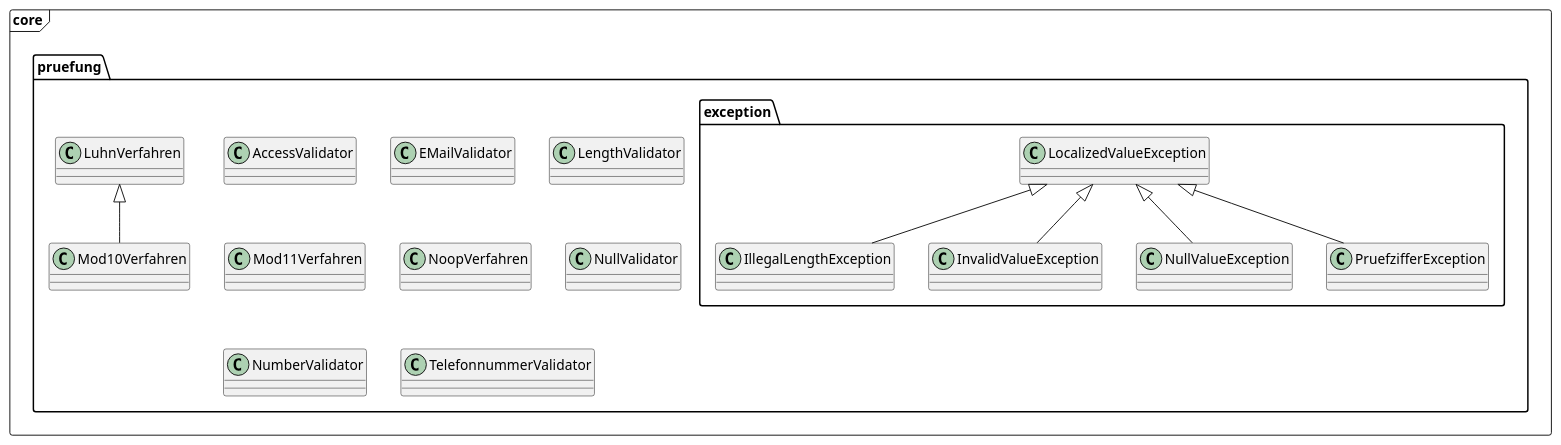
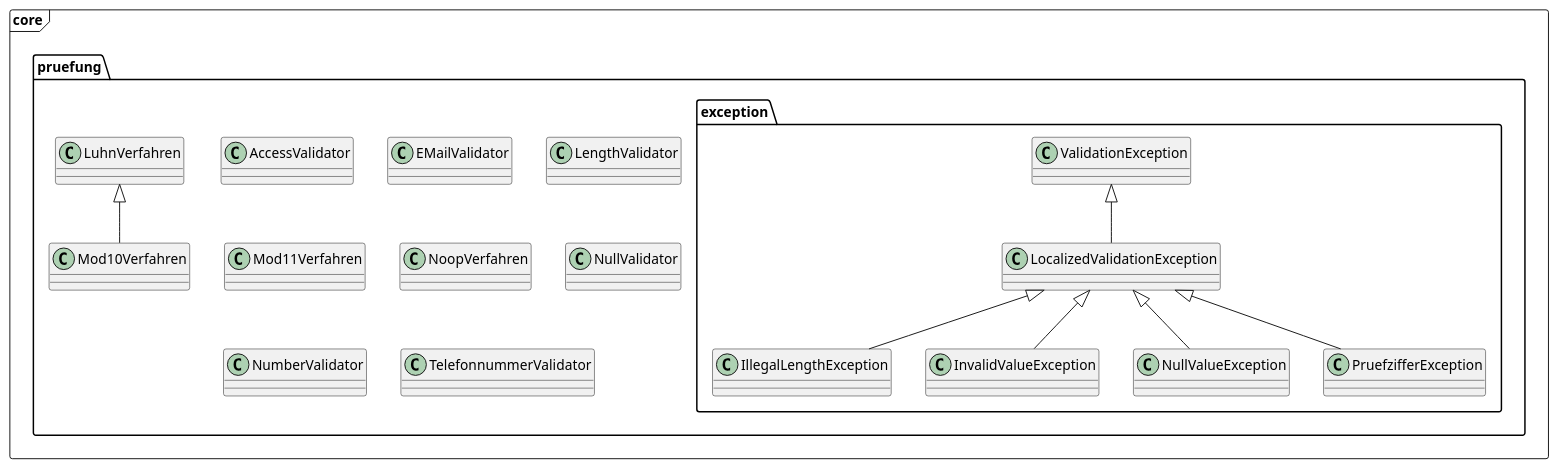
Before and after one commit to oboehm/jfachwert: the diagram in src/main/asciidoc/images/package-pruefung.puml, drawn with PlantUML. The commit also changed 2 other files, not shown here.

```diff
--- a/src/main/asciidoc/images/package-pruefung.puml
+++ b/src/main/asciidoc/images/package-pruefung.puml
@@ -1,37 +1,39 @@
 @startuml
 
 frame "core" {
 
     package "pruefung" {
 
         class AccessValidator
         class EMailValidator
         class LengthValidator
         class Mod11Verfahren
         class Mod10Verfahren
         class LuhnVerfahren
         class NoopVerfahren
         class NullValidator
         class NumberValidator
         class TelefonnummerValidator
 
         package "exception" {
+            class ValidationException
+            class LocalizedValidationException
             class IllegalLengthException
             class InvalidValueException
-            class LocalizedValueException
             class NullValueException
             class PruefzifferException
         }
 
     }
 
 }
 
 LuhnVerfahren <|-- Mod10Verfahren
 
-LocalizedValueException <|-- IllegalLengthException
-LocalizedValueException <|-- InvalidValueException
-LocalizedValueException <|-- NullValueException
-LocalizedValueException <|-- PruefzifferException
+LocalizedValidationException -up-|> ValidationException
+LocalizedValidationException <|-- IllegalLengthException
+LocalizedValidationException <|-- InvalidValueException
+LocalizedValidationException <|-- NullValueException
+LocalizedValidationException <|-- PruefzifferException
 
 @enduml
```
